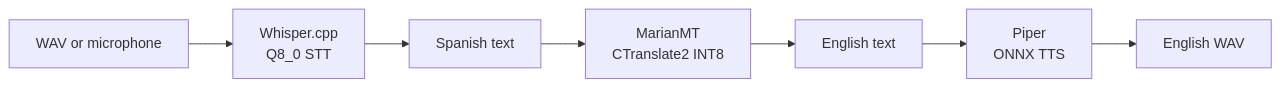
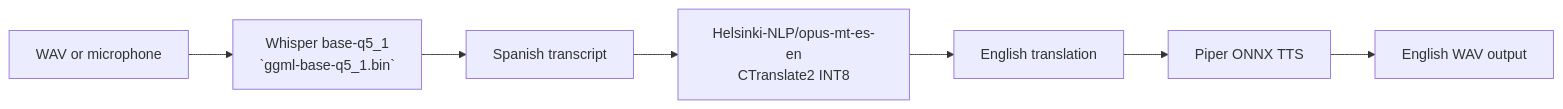
Before and after one commit to Kaybee098/AudioLater: the diagram in README.md, drawn with Mermaid. The commit also changed other lines of this file and 10 other files, not shown here.

````diff
--- a/README.md
+++ b/README.md
@@ -7,9 +7,9 @@
 ```mermaid
 flowchart LR
-    A[WAV or microphone] --> B[Whisper.cpp\nQ8_0 STT]
-    B --> C[Spanish text]
-    C --> D[MarianMT\nCTranslate2 INT8]
-    D --> E[English text]
-    E --> F[Piper\nONNX TTS]
-    F --> G[English WAV]
+    A[WAV or microphone] --> B[Whisper base-q5_1\n`ggml-base-q5_1.bin`]
+    B --> C[Spanish transcript]
+    C --> D[Helsinki-NLP/opus-mt-es-en\nCTranslate2 INT8]
+    D --> E[English translation]
+    E --> F[Piper ONNX TTS]
+    F --> G[English WAV output]
 ```
````
